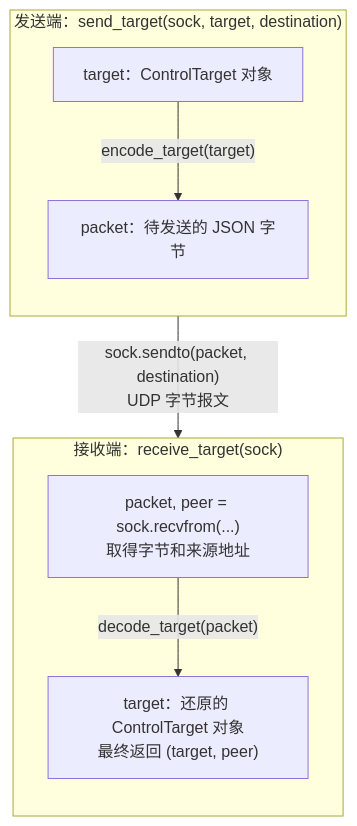
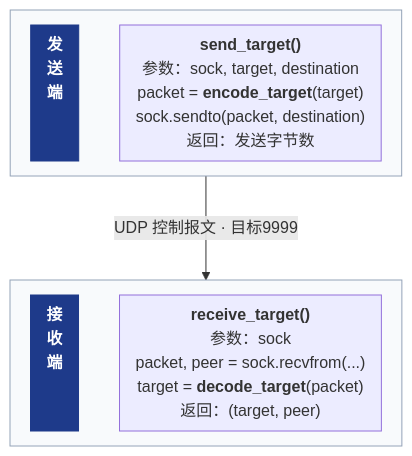
The first of 3 diagrams in README.md (must-dsnet-lab/network-programming-project), drawn with Mermaid before and after one commit. The commit also changed other lines of this file and 3 other files, not shown here.

````diff
--- a/README.md
+++ b/README.md
@@ -21,18 +93,24 @@
 ```mermaid
+%%{init: {"flowchart": {"wrappingWidth": 390, "nodeSpacing": 10, "rankSpacing": 16, "padding": 8, "curve": "linear", "subGraphTitleMargin": {"top": 0, "bottom": 0}}}}%%
 flowchart TB
-    subgraph TX["发送端：send_target(sock, target, destination)"]
-        direction TB
-        tx_target["target：ControlTarget 对象"]
-        tx_packet["packet：待发送的 JSON 字节"]
-        tx_target -->|"encode_target(target)"| tx_packet
+    subgraph TX[" "]
+        direction LR
+        tx_role["发<br/>送<br/>端<br/>&nbsp;<br/>&nbsp;"]
+        tx_content["<b>send_target()</b><br/>参数：sock, target, destination<br/>packet = <b>encode_target</b>(target)<br/>sock.sendto(packet, destination)<br/>返回：发送字节数"]
+        tx_role ~~~ tx_content
     end
 
-    subgraph RX["接收端：receive_target(sock)"]
-        direction TB
-        rx_packet["packet, peer = sock.recvfrom(...)<br/>取得字节和来源地址"]
-        rx_target["target：还原的 ControlTarget 对象<br/>最终返回 (target, peer)"]
-        rx_packet -->|"decode_target(packet)"| rx_target
+    subgraph RX[" "]
+        direction LR
+        rx_role["接<br/>收<br/>端<br/>&nbsp;<br/>&nbsp;"]
+        rx_content["<b>receive_target()</b><br/>参数：sock<br/>packet, peer = sock.recvfrom(...)<br/>target = <b>decode_target</b>(packet)<br/>返回：(target, peer)"]
+        rx_role ~~~ rx_content
     end
 
-    tx_packet -->|"sock.sendto(packet, destination)<br/>UDP 字节报文"| rx_packet
+    TX ------>|"UDP 控制报文 · 目标9999"| RX
+
+    style TX fill:#f8fafc,stroke:#94a3b8
+    style RX fill:#f8fafc,stroke:#94a3b8
+    classDef role fill:#1e3a8a,stroke:#1e3a8a,color:#fff,font-size:16px,font-weight:bold;
+    class tx_role,rx_role role;
 ```
````
